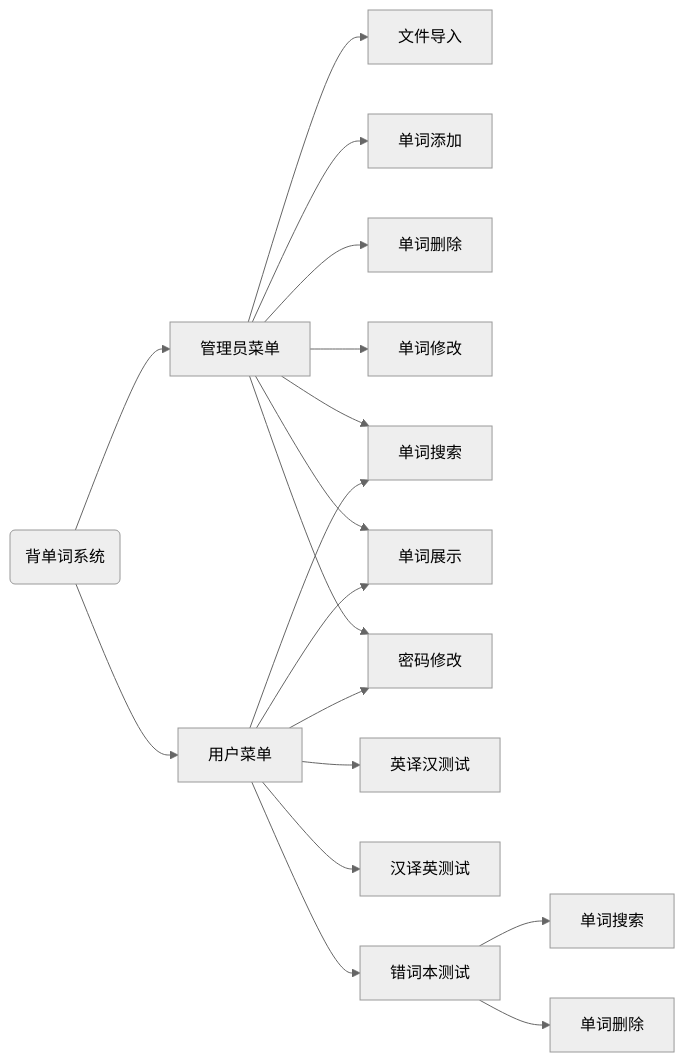
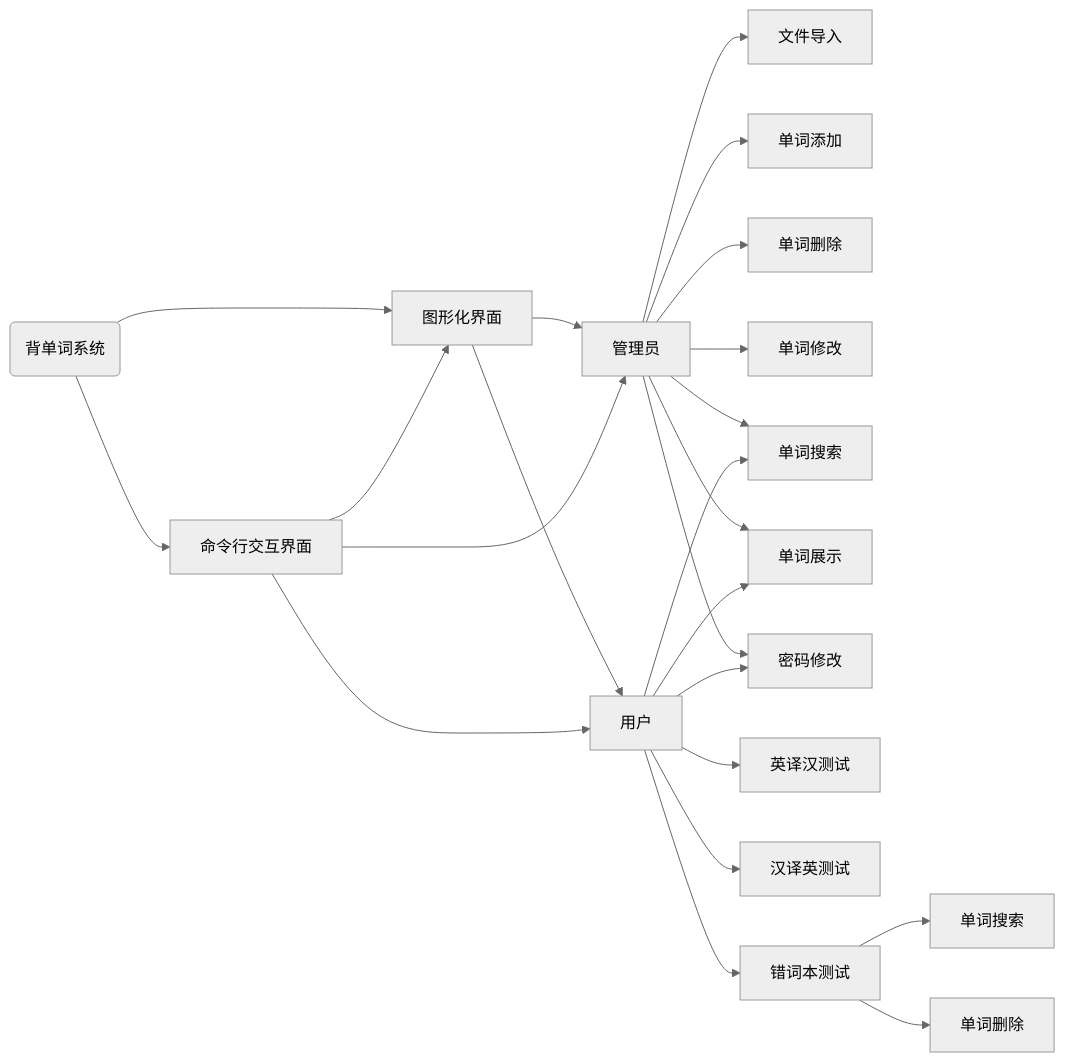
One commit to involution-base-of-njupt/everyday-vocabulary changed the diagram in README.md. Above: the diagram before and after it, drawn with Mermaid (neutral theme).

````diff
--- a/README.md
+++ b/README.md
@@ -5,25 +5,30 @@
 ```mermaid
 graph LR
 
-Sys(背单词系统) --> Admin[管理员菜单]
-Sys --> User[用户菜单]
+Sys(背单词系统) --> gui[图形化界面]
+Sys --> cli[命令行交互界面]
+cli --> gui
+gui --> Admin[管理员]
+gui --> User[用户]
+cli --> Admin[管理员]
+cli --> User[用户]
 
 Admin --> 文件导入
 Admin --> 单词添加
 Admin --> 单词删除
 Admin --> 单词修改
 Admin --> 单词搜索
 Admin --> 单词展示
 
 Admin --> 密码修改
 User --> 密码修改
 
 User --> 单词搜索
 User --> 单词展示
 User --> 英译汉测试
 User --> 汉译英测试
 User --> 错词本测试
 
 错词本测试 --> s[单词搜索]
 错词本测试 --> d[单词删除]
 ```
````
